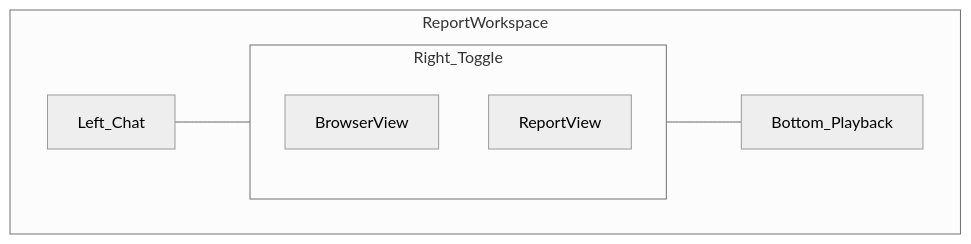
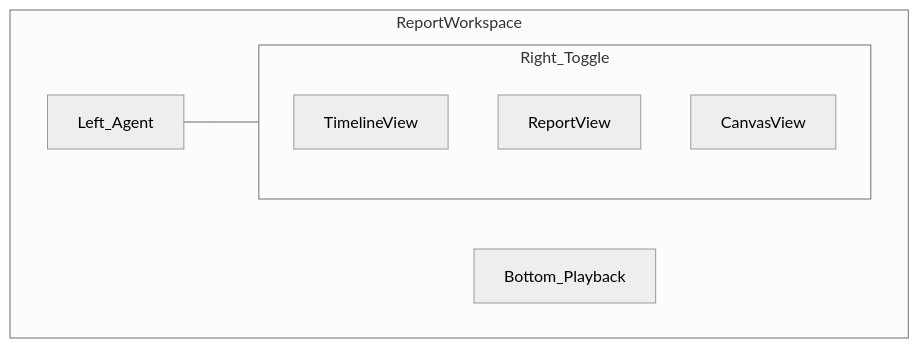
One commit to saadbenryane/FixFlags changed the diagram in docs/workspace-interface.md. Above: the diagram before and after it, drawn with Mermaid (neutral theme). The commit also changed other lines of this file and 50 other files, not shown here.

````diff
--- a/docs/workspace-interface.md
+++ b/docs/workspace-interface.md
@@ -21,13 +20,13 @@
 ```mermaid
 flowchart TB
   subgraph workspace [ReportWorkspace]
-    Chat[Left_Chat]
+    Agent[Left_Agent]
     subgraph right [Right_Toggle]
-      BrowserView[BrowserView]
+      TimelineView[TimelineView]
       ReportView[ReportView]
+      CanvasView[CanvasView]
     end
     Playback[Bottom_Playback]
   end
-  Chat --- right
-  right --- Playback
+  Agent --- right
 ```
````
